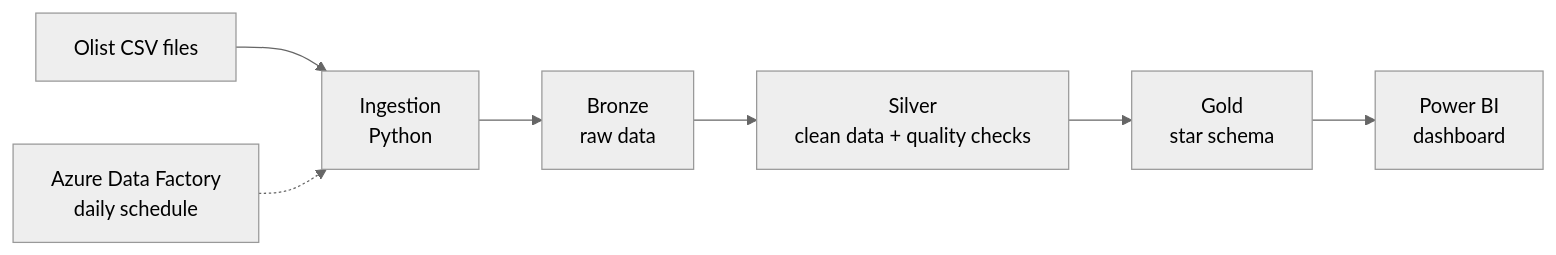
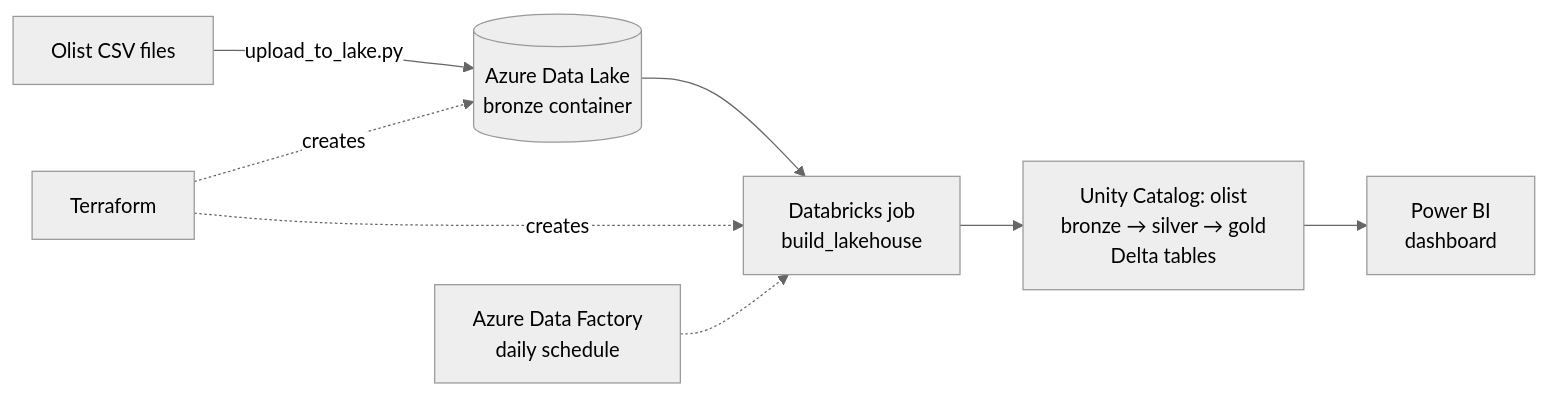
Before and after one commit to jonathantorresdata/ecommerce-data-pipeline: the diagram in README.md, drawn with Mermaid (neutral theme). The commit also changed other lines of this file, not shown here.

Commit message:
Document the Azure platform and complete Phase 4

````diff
--- a/README.md
+++ b/README.md
@@ -19,9 +19,10 @@
 ```mermaid
 flowchart LR
-    A[Olist CSV files] --> B[Ingestion<br/>Python]
-    B --> C[Bronze<br/>raw data]
-    C --> D[Silver<br/>clean data + quality checks]
-    D --> E[Gold<br/>star schema]
-    E --> F[Power BI<br/>dashboard]
-    G[Azure Data Factory<br/>daily schedule] -.-> B
+    A[Olist CSV files] -->|upload_to_lake.py| B[(Azure Data Lake<br/>bronze container)]
+    B --> C[Databricks job<br/>build_lakehouse]
+    C --> D[Unity Catalog: olist<br/>bronze → silver → gold<br/>Delta tables]
+    D --> E[Power BI<br/>dashboard]
+    T[Terraform] -.->|creates| B
+    T -.->|creates| C
+    F[Azure Data Factory<br/>daily schedule] -.-> C
 ```
````
